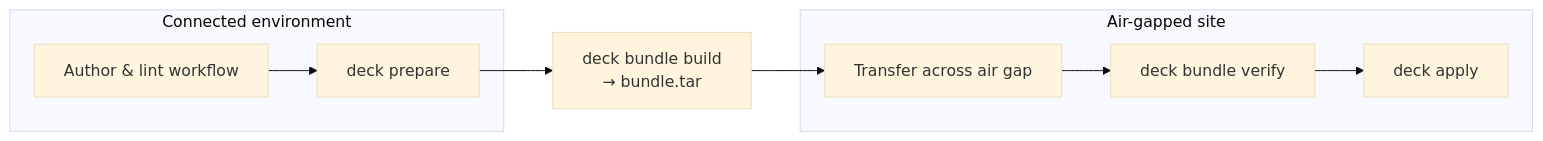
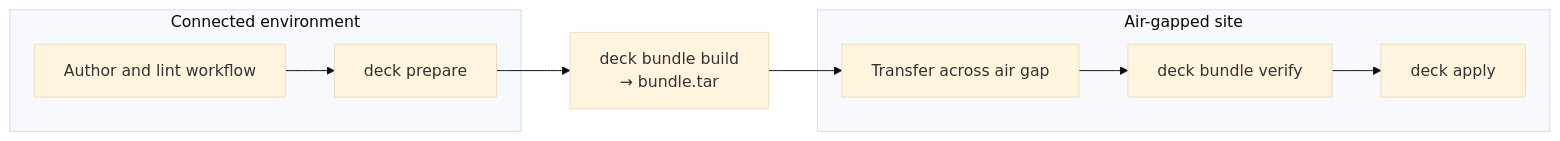
One commit to Airgap-Castaways/deck changed the diagram in docs/core-concepts/lifecycle.md. Above: the diagram before and after it, drawn with Mermaid (base theme). The commit also changed 4 other files, not shown here.

First line of the commit message:
fix(site): render mermaid diagrams in docs

````diff
--- a/docs/core-concepts/lifecycle.md
+++ b/docs/core-concepts/lifecycle.md
@@ -7,15 +7,15 @@
 ```mermaid
 flowchart LR
     subgraph Online[Connected environment]
-        A[Author &amp; lint workflow]
+        A[Author and lint workflow]
         B[deck prepare]
         A --> B
     end
-    B --> C[deck bundle build\n→ bundle.tar]
+    B --> C["deck bundle build<br/>→ bundle.tar"]
     C --> D[Transfer across air gap]
     subgraph Offline[Air-gapped site]
         E[deck bundle verify]
         F[deck apply]
         D --> E --> F
     end
 ```
````
